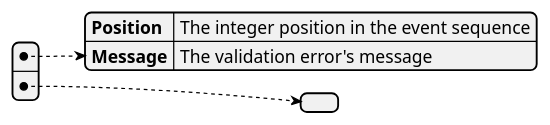
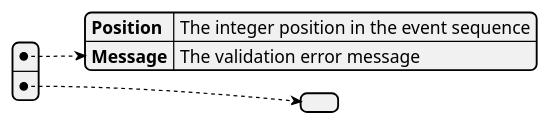
The diagram in wiki/models/validation_errors.md (joost-morsink/FF-admin-module), drawn with PlantUML before and after one commit. The commit also changed other lines of this file and 21 other files, not shown here.

````diff
--- a/wiki/models/validation_errors.md
+++ b/wiki/models/validation_errors.md
@@ -13,7 +15,7 @@
 ```plantuml
 @startyaml
 - Position: The integer position in the event sequence
-  Message: The validation error's message
+  Message: The validation error message
 -
 @endyaml
 ```
````
